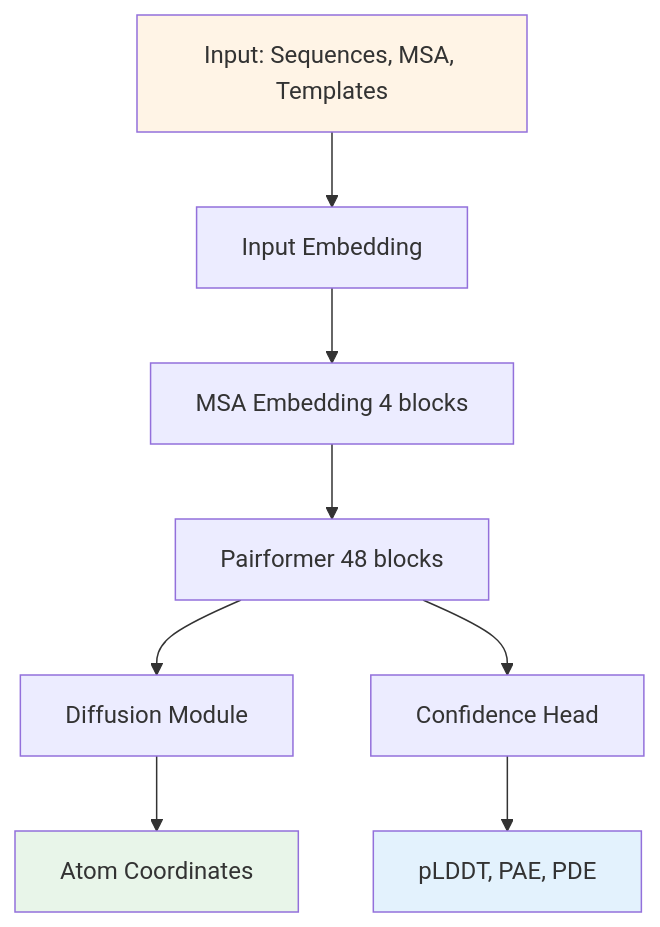
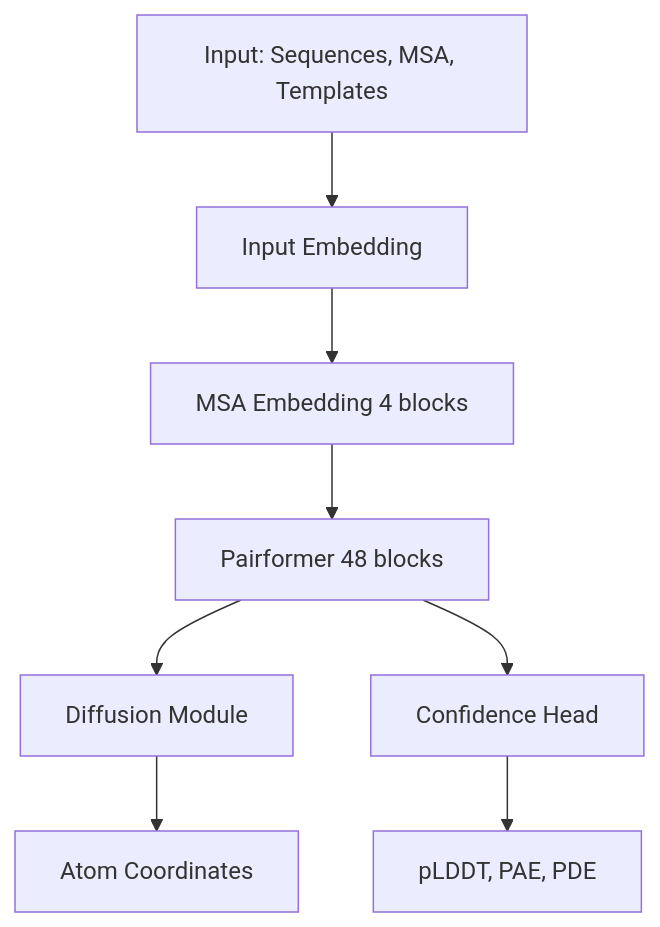
Before and after one commit to eightmm/eightmm.github.io: the diagram in _posts/2026-02-20-alphafold3-accurate-biomolecular-interactions.md, drawn with Mermaid. The commit also changed other lines of this file and 10 other files, not shown here.

````diff
--- a/_posts/2026-02-20-alphafold3-accurate-biomolecular-interactions.md
+++ b/_posts/2026-02-20-alphafold3-accurate-biomolecular-interactions.md
@@ -49,15 +49,12 @@
 ```mermaid
 graph TD
     A[Input: Sequences, MSA, Templates] --> B[Input Embedding]
     B --> C[MSA Embedding 4 blocks]
     C --> D[Pairformer 48 blocks]
     D --> E[Diffusion Module]
     E --> F[Atom Coordinates]
     
     D --> G[Confidence Head]
     G --> H[pLDDT, PAE, PDE]
     
-    style A fill:#fff4e6
-    style F fill:#e8f5e9
-    style H fill:#e3f2fd
 ```
````
